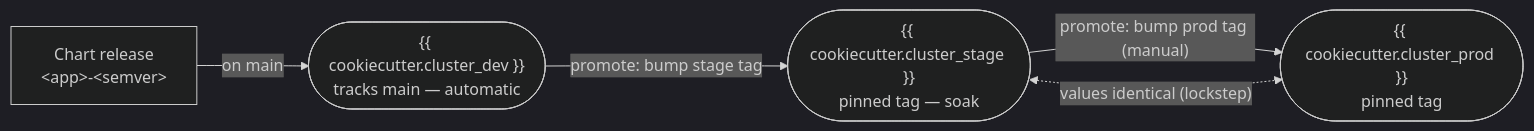
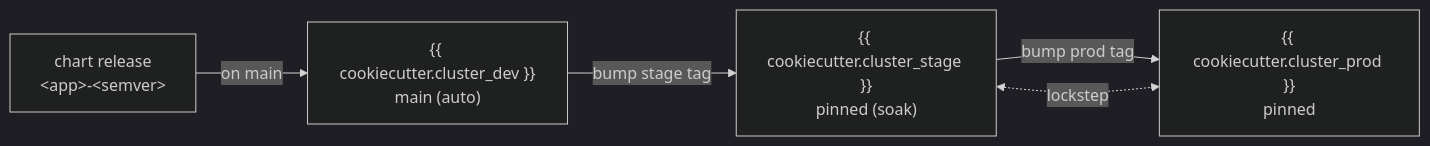
The diagram in {{ cookiecutter.project_slug }}/docs/developing-and-promoting-apps.md (kriipke/coookiecutter-gitops-configs), drawn with Mermaid (dark theme) before and after one commit. The commit also changed 11 other files, not shown here.

````diff
--- a/{{ cookiecutter.project_slug }}/docs/developing-and-promoting-apps.md
+++ b/{{ cookiecutter.project_slug }}/docs/developing-and-promoting-apps.md
@@ -28,12 +28,12 @@
 ```mermaid
 flowchart LR
-  rel["Chart release<br/>&lt;app&gt;-&lt;semver&gt;"]
-  dev(["{{ cookiecutter.cluster_dev }}<br/>tracks main — automatic"])
-  stage(["{{ cookiecutter.cluster_stage }}<br/>pinned tag — soak"])
-  prod(["{{ cookiecutter.cluster_prod }}<br/>pinned tag"])
+  rel["chart release<br/>&lt;app&gt;-&lt;semver&gt;"]
+  dev["{{ cookiecutter.cluster_dev }}<br/>main (auto)"]
+  stage["{{ cookiecutter.cluster_stage }}<br/>pinned (soak)"]
+  prod["{{ cookiecutter.cluster_prod }}<br/>pinned"]
 
   rel -->|"on main"| dev
-  dev -->|"promote: bump stage tag"| stage
-  stage -->|"promote: bump prod tag (manual)"| prod
-  stage <-.->|"values identical (lockstep)"| prod
+  dev -->|"bump stage tag"| stage
+  stage -->|"bump prod tag"| prod
+  stage <-.->|"lockstep"| prod
 ```
````
